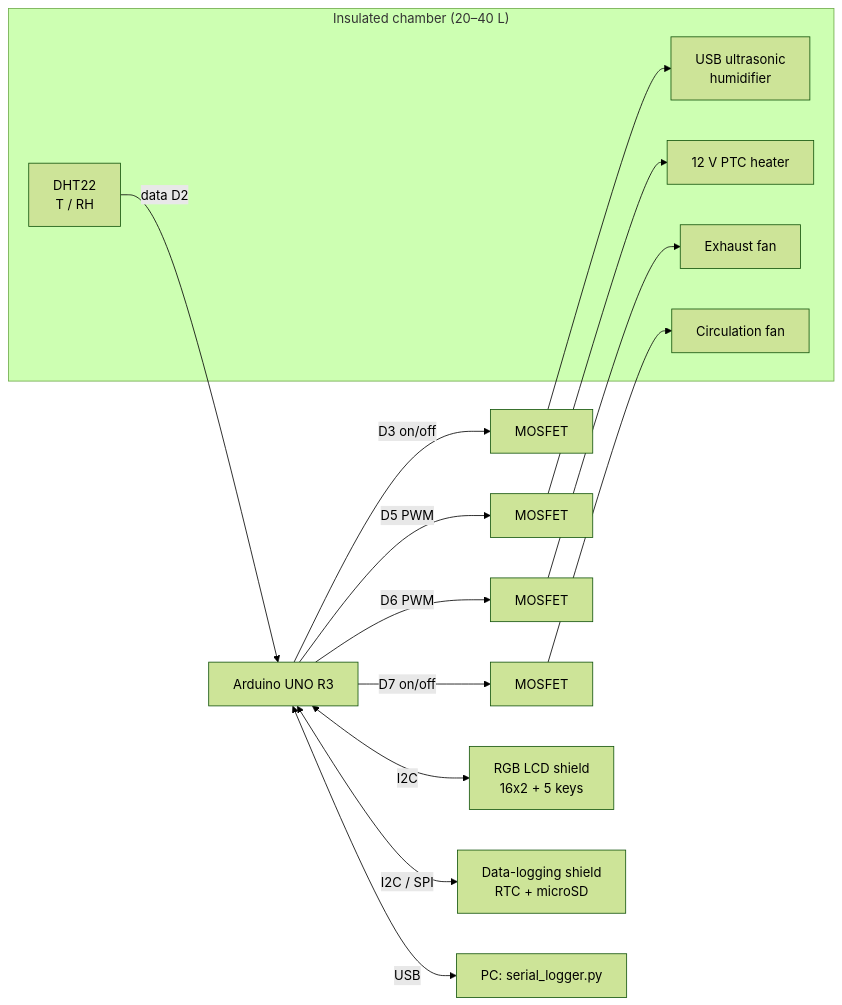
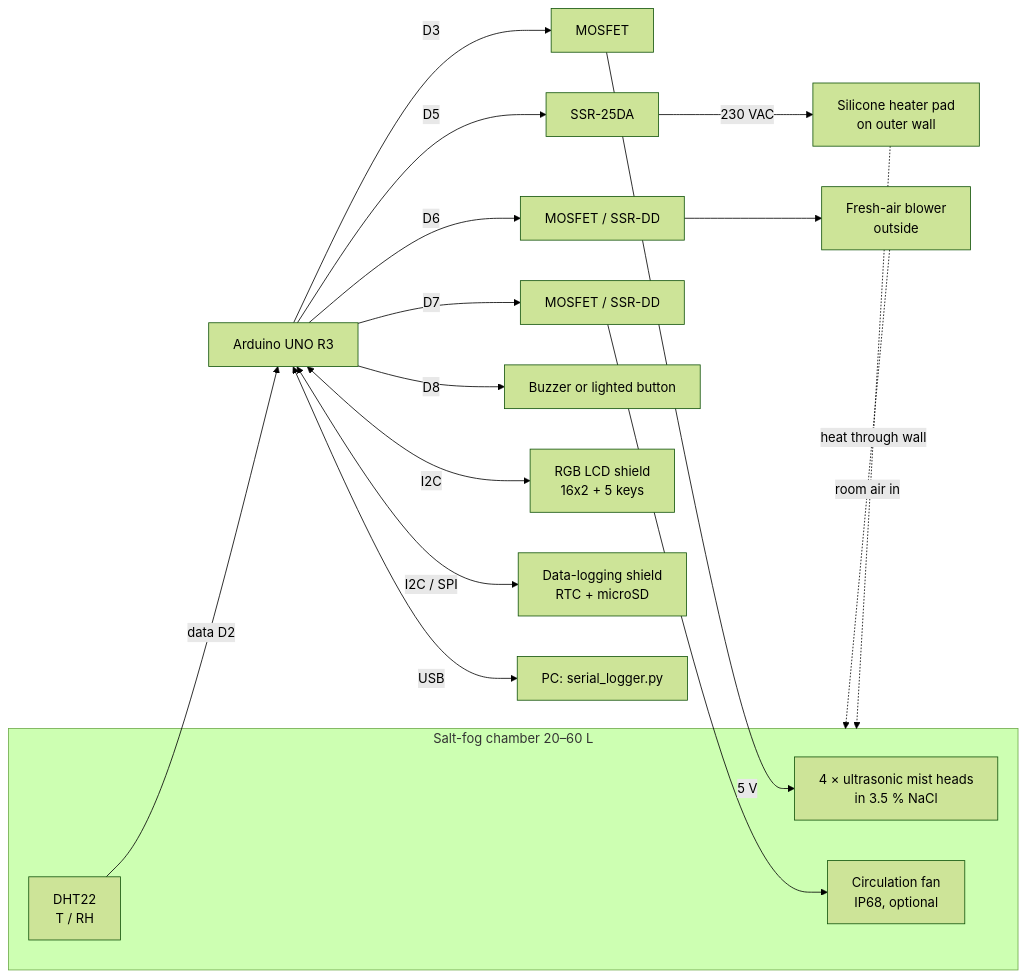
The diagram in docs/control-design.md (iisangon-gif/Stress-Corrosion-Cracking-Test-Chamber), drawn with Mermaid (forest theme) before and after one commit. The commit also changed other lines of this file and 12 other files, not shown here.

First line of the commit message:
Switch to 4-head salt-fog mist, SSR-ready outputs, drop level/door inputs

````diff
--- a/docs/control-design.md
+++ b/docs/control-design.md
@@ -17,18 +18,19 @@
 ```mermaid
 flowchart LR
-    subgraph Chamber["Insulated chamber (20–40 L)"]
+    subgraph Chamber["Salt-fog chamber 20–60 L"]
         DHT[DHT22<br/>T / RH]
-        HUM[USB ultrasonic<br/>humidifier]
-        HTR[12 V PTC heater]
-        CF[Circulation fan]
-        EF[Exhaust fan]
+        MIST[4 × ultrasonic mist heads<br/>in 3.5 % NaCl]
+        CF[Circulation fan<br/>IP68, optional]
     end
+    HTR[Silicone heater pad<br/>on outer wall] -. heat through wall .-> Chamber
+    FA[Fresh-air blower<br/>outside] -. room air in .-> Chamber
     DHT -- data D2 --> UNO
-    UNO[Arduino UNO R3] -- D3 on/off --> M1[MOSFET] --> HUM
-    UNO -- D5 PWM --> M2[MOSFET] --> HTR
-    UNO -- D6 PWM --> M3[MOSFET] --> EF
-    UNO -- D7 on/off --> M4[MOSFET] --> CF
+    UNO[Arduino UNO R3] -- D3 --> M1[MOSFET] -- 5 V --> MIST
+    UNO -- D5 --> S1[SSR-25DA] -- 230 VAC --> HTR
+    UNO -- D6 --> M2[MOSFET / SSR-DD] --> FA
+    UNO -- D7 --> M3[MOSFET / SSR-DD] --> CF
+    UNO -- D8 --> AL[Buzzer or lighted button]
     UNO <-- I2C --> LCD[RGB LCD shield<br/>16x2 + 5 keys]
     UNO <-- I2C / SPI --> LOG[Data-logging shield<br/>RTC + microSD]
     UNO <-- USB --> PC[PC: serial_logger.py]
 ```
````
